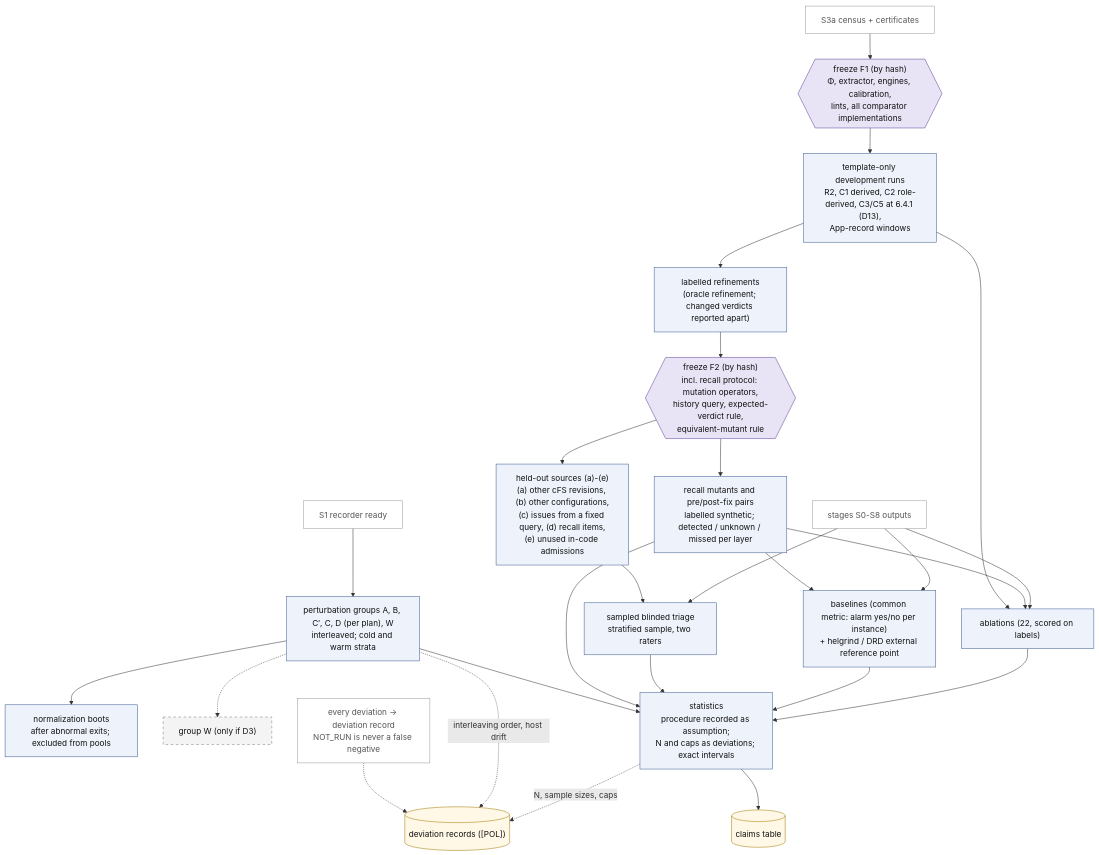
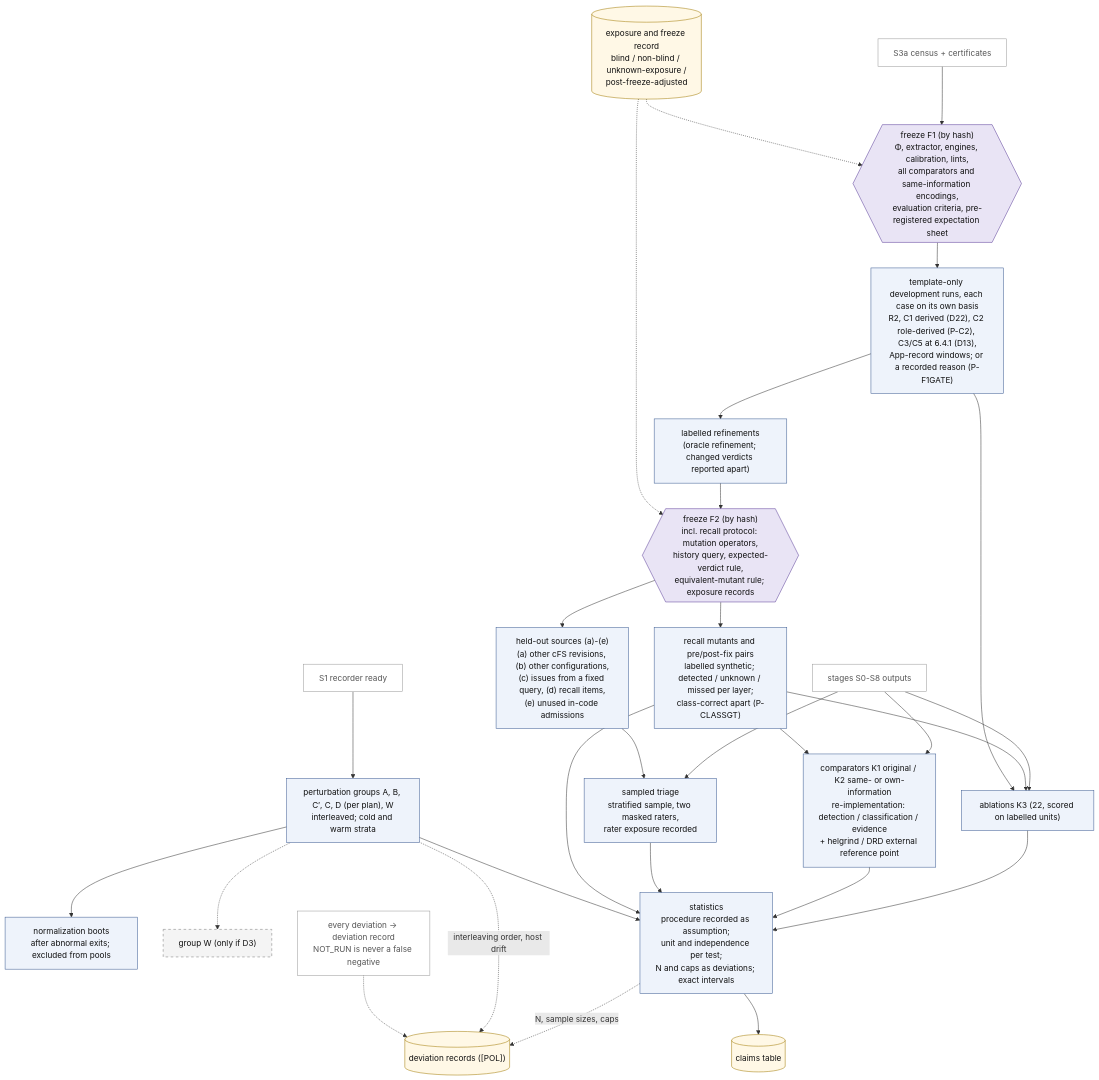
The diagram in research/cfs_procrace/Architecture/07_evaluation.md (wookjaeya/Shape-Perf), drawn with Mermaid before and after one commit. The commit also changed other lines of this file and 43 other files, not shown here.

First line of the commit message:
Architecture: mirror SPEC rev 1.1 into Korean docs, PI decisions, terminology background and diagrams; first consistency-fix round

````diff
--- a/research/cfs_procrace/Architecture/07_evaluation.md
+++ b/research/cfs_procrace/Architecture/07_evaluation.md
@@ -95,61 +103,64 @@
 ```mermaid
 flowchart TD
     %% D4 detail - evaluation path: freezes, development runs, held-out and recall, comparison, statistics.
-    %% Source: spec §12 D4; §7.2, §7.5, §8.3-8.7, [POL].
+    %% Source: spec §12 D4; §7.2, §7.5, §8.2-8.7, [POL].
     %% Dashed border = PI-gated. Dashed edge = record-keeping or PI-gated path.
 
     S1["S1 recorder ready"]
     S3A["S3a census + certificates"]
     STG["stages S0-S8 outputs"]
 
-    F1{{"freeze F1 (by hash)<br/>Φ, extractor, engines, calibration,<br/>lints, all comparator implementations"}}
-    TO["template-only development runs<br/>R2, C1 derived, C2 role-derived, C3/C5 at 6.4.1 (D13),<br/>App-record windows"]
+    F1{{"freeze F1 (by hash)<br/>Φ, extractor, engines, calibration, lints,<br/>all comparators and same-information encodings,<br/>evaluation criteria, pre-registered expectation sheet"}}
+    TO["template-only development runs, each case on its own basis<br/>R2, C1 derived (D22), C2 role-derived (P-C2), C3/C5 at 6.4.1 (D13),<br/>App-record windows; or a recorded reason (P-F1GATE)"]
     REF["labelled refinements<br/>(oracle refinement; changed verdicts reported apart)"]
-    F2{{"freeze F2 (by hash)<br/>incl. recall protocol: mutation operators,<br/>history query, expected-verdict rule,<br/>equivalent-mutant rule"}}
+    F2{{"freeze F2 (by hash)<br/>incl. recall protocol: mutation operators,<br/>history query, expected-verdict rule,<br/>equivalent-mutant rule; exposure records"}}
+    EXP[("exposure and freeze record<br/>blind / non-blind / unknown-exposure /<br/>post-freeze-adjusted")]
     HO["held-out sources (a)-(e)<br/>(a) other cFS revisions, (b) other configurations,<br/>(c) issues from a fixed query, (d) recall items,<br/>(e) unused in-code admissions"]
-    RCL["recall mutants and pre/post-fix pairs<br/>labelled synthetic; detected / unknown / missed per layer"]
-    TRI["sampled blinded triage<br/>stratified sample, two raters"]
-    ABL["ablations (22, scored on labels)"]
-    BAS["baselines (common metric: alarm yes/no per instance)<br/>+ helgrind / DRD external reference point"]
+    RCL["recall mutants and pre/post-fix pairs<br/>labelled synthetic; detected / unknown / missed per layer;<br/>class-correct apart (P-CLASSGT)"]
+    TRI["sampled triage<br/>stratified sample, two masked raters,<br/>rater exposure recorded"]
+    ABL["ablations K3 (22, scored on labelled units)"]
+    BAS["comparators K1 original / K2 same- or own-information<br/>re-implementation: detection / classification / evidence<br/>+ helgrind / DRD external reference point"]
     PG["perturbation groups A, B, C′, C, D (per plan), W<br/>interleaved; cold and warm strata"]
     NB["normalization boots<br/>after abnormal exits; excluded from pools"]
     WG["group W (only if D3)"]
-    STAT["statistics<br/>procedure recorded as assumption;<br/>N and caps as deviations; exact intervals"]
+    STAT["statistics<br/>procedure recorded as assumption;<br/>unit and independence per test;<br/>N and caps as deviations; exact intervals"]
     CLAIMS[("claims table")]
     DEV[("deviation records ([POL])")]
 
     S3A --> F1 --> TO --> REF --> F2
     F2 --> HO
     F2 --> RCL
+    EXP -.-> F1
+    EXP -.-> F2
     S1 --> PG
     PG --> NB
     PG -.-> WG
     STG --> ABL
     STG --> BAS
     STG --> TRI
     HO --> TRI
     RCL --> ABL
     RCL --> BAS
     TO --> ABL
     ABL --> STAT
     BAS --> STAT
     TRI --> STAT
     RCL --> STAT
     PG --> STAT
     STAT --> CLAIMS
     STAT -.->|"N, sample sizes, caps"| DEV
     PG -.->|"interleaving order, host drift"| DEV
     NOTE["every deviation → deviation record<br/>NOT_RUN is never a false negative"]
     NOTE -.-> DEV
 
     classDef comp fill:#eef3fb,stroke:#3b5b92,color:#111
     classDef frz fill:#e9e4f5,stroke:#5b3f99,color:#111
     classDef art fill:#fff8e6,stroke:#a07a00,color:#111
     classDef gated fill:#f4f4f4,stroke:#777,stroke-dasharray:5 5,color:#111
     classDef ref fill:#ffffff,stroke:#999,color:#555
     class TO,REF,HO,RCL,TRI,ABL,BAS,PG,NB,STAT comp
     class F1,F2 frz
-    class CLAIMS,DEV art
+    class CLAIMS,DEV,EXP art
     class WG gated
     class S1,S3A,STG,NOTE ref
 ```
````
